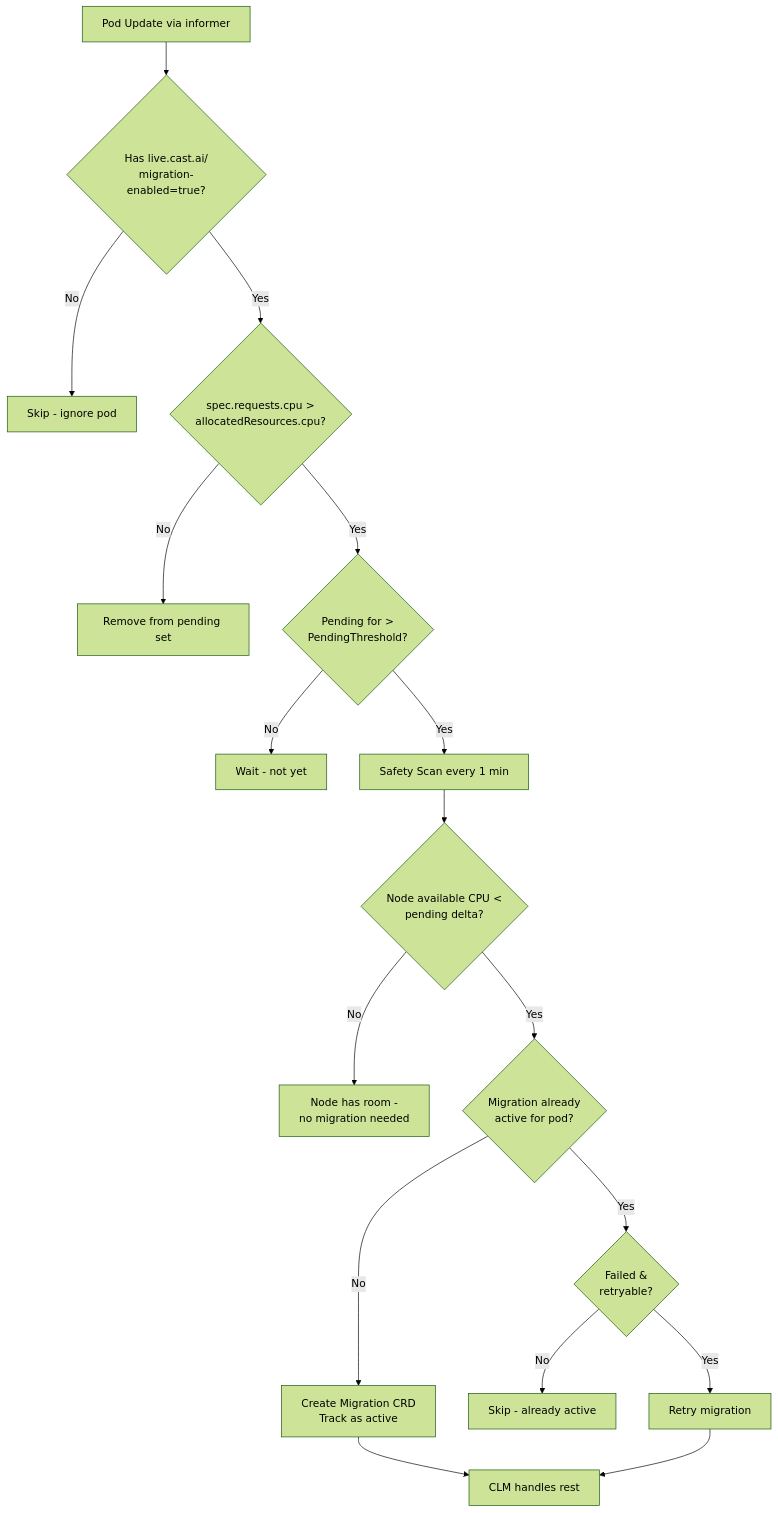
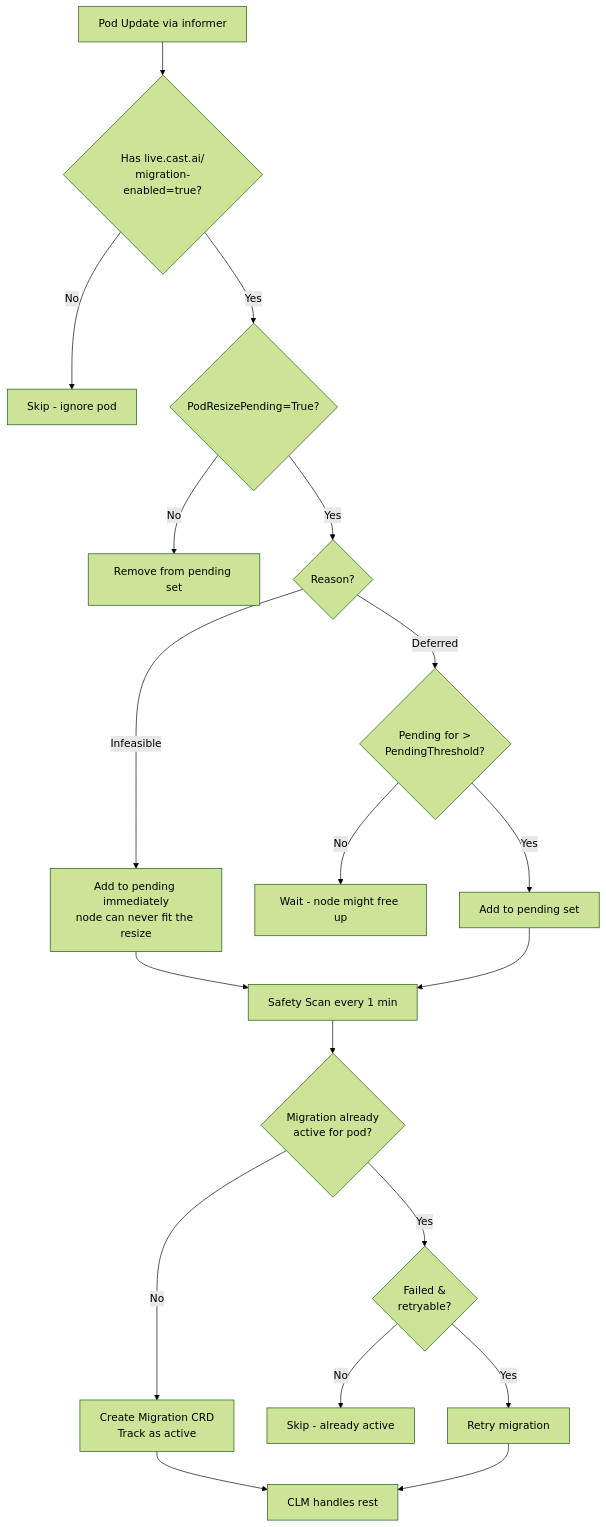
Before and after one commit to ronakforcast/castai-workload-resize-migrator: the third of 4 diagrams in README.md, drawn with Mermaid (forest theme). The commit also changed other lines of this file and 7 other files, not shown here.

First line of the commit message:
Switch to PodResizePending condition-based detection

````diff
--- a/README.md
+++ b/README.md
@@ -88,27 +87,27 @@
 ```mermaid
 flowchart TD
     Start[Pod Update via informer] --> Label{Has live.cast.ai/
 migration-enabled=true?}
     Label -->|No| Skip[Skip - ignore pod]
-    Label -->|Yes| Resize{spec.requests.cpu >
-allocatedResources.cpu?}
-    Resize -->|No| Remove[Remove from pending set]
-    Resize -->|Yes| Threshold{Pending for >
+    Label -->|Yes| Condition{PodResizePending=True?}
+    Condition -->|No| Remove[Remove from pending set]
+    Condition -->|Yes| Reason{Reason?}
+    Reason -->|Infeasible| Immediate[Add to pending immediately
+node can never fit the resize]
+    Reason -->|Deferred| Threshold{Pending for >
 PendingThreshold?}
-    Threshold -->|No| Wait[Wait - not yet]
-    Threshold -->|Yes| SafetyScan[Safety Scan every 1 min]
-    SafetyScan --> NodeCheck{Node available CPU <
-pending delta?}
-    NodeCheck -->|No| HasRoom[Node has room -
-no migration needed]
-    NodeCheck -->|Yes| Active{Migration already
+    Threshold -->|No| Wait[Wait - node might free up]
+    Threshold -->|Yes| Add[Add to pending set]
+    Immediate --> SafetyScan[Safety Scan every 1 min]
+    Add --> SafetyScan
+    SafetyScan --> Active{Migration already
 active for pod?}
     Active -->|Yes| RetryCheck{Failed &
 retryable?}
     RetryCheck -->|Yes| Retry[Retry migration]
     RetryCheck -->|No| SkipActive[Skip - already active]
     Active -->|No| Create[Create Migration CRD
 Track as active]
     Create --> CLM[CLM handles rest]
     Retry --> CLM
 ```
````
